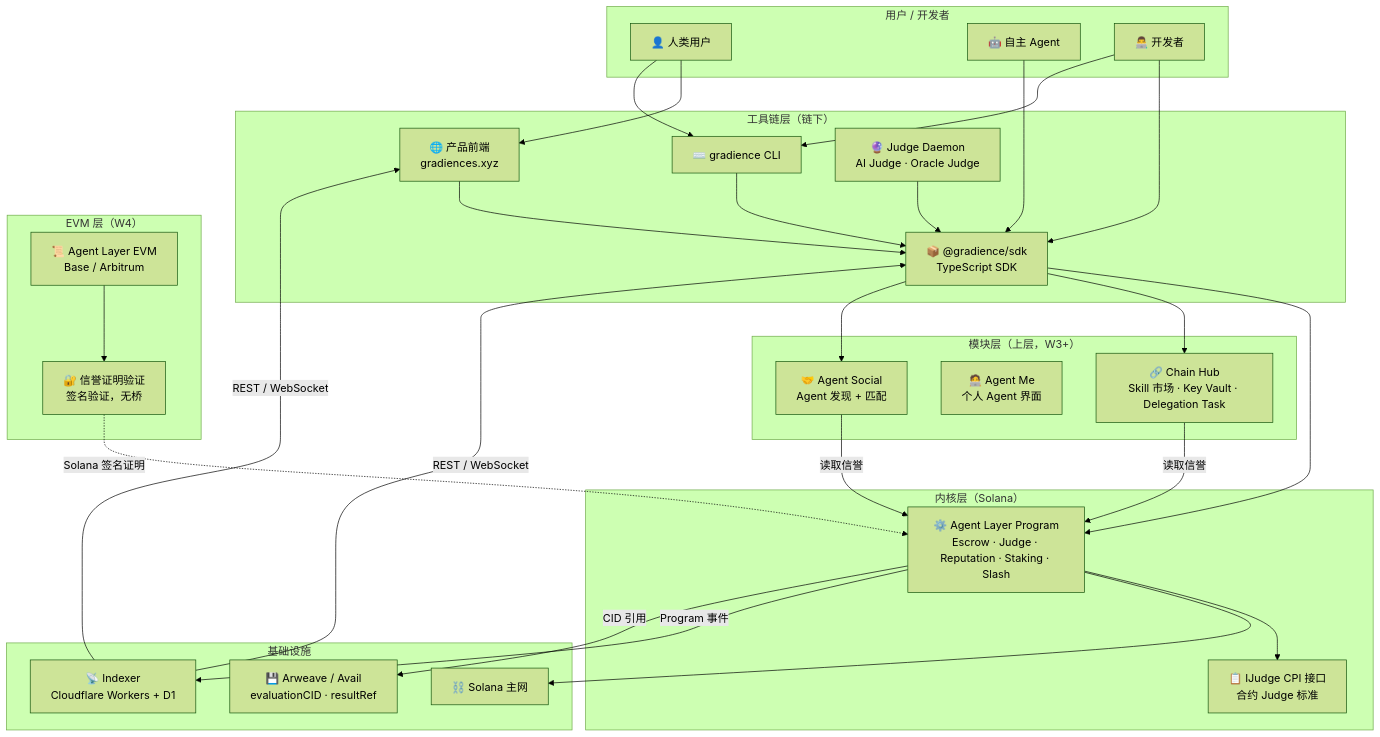
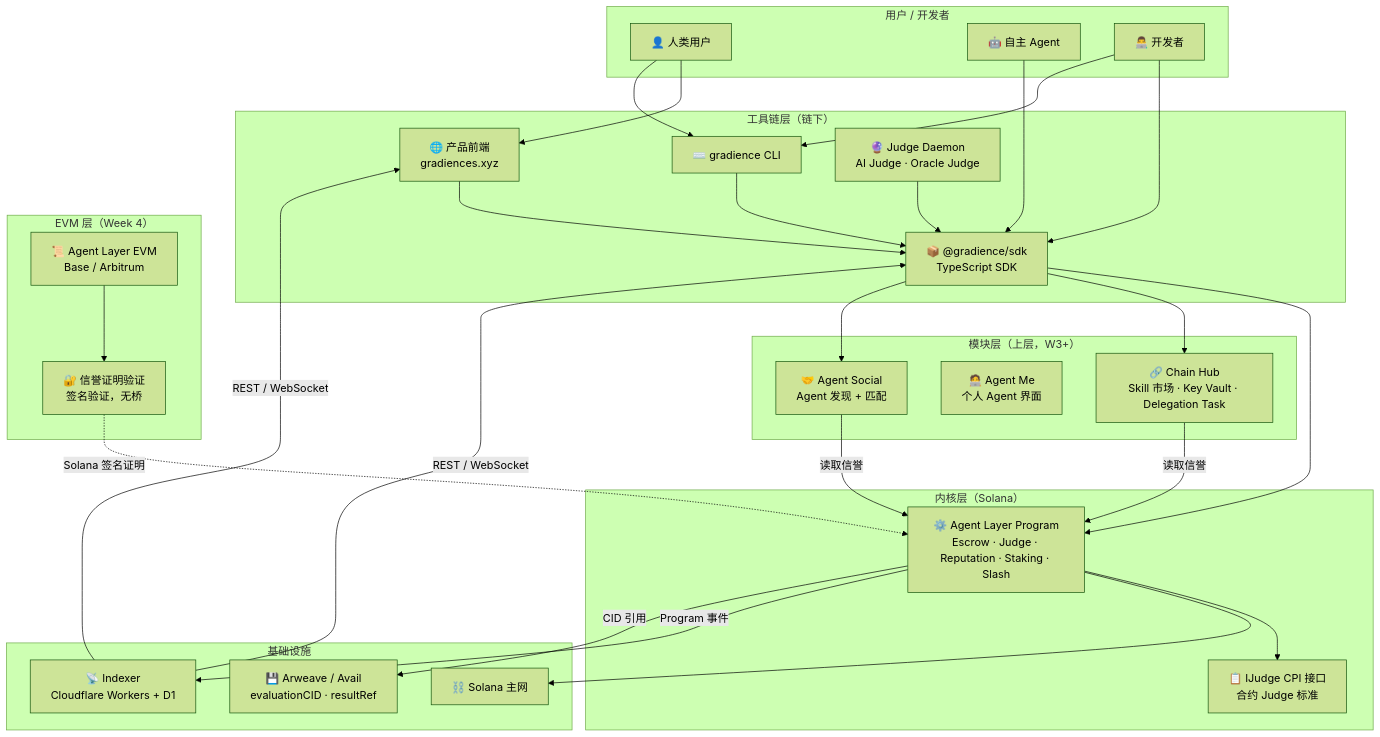
The first of 2 diagrams in docs/02-architecture.md (DaviRain-Su/gradience), drawn with Mermaid (forest theme) before and after one commit. The commit also changed other lines of this file, not shown here.

````diff
--- a/docs/02-architecture.md
+++ b/docs/02-architecture.md
@@ -17,64 +17,64 @@
 ```mermaid
 flowchart TB
     subgraph Users["用户 / 开发者"]
         Human["👤 人类用户"]
         DevAgent["🤖 自主 Agent"]
         Dev["👨‍💻 开发者"]
     end
 
     subgraph Toolchain["工具链层（链下）"]
         Frontend["🌐 产品前端<br/>gradiences.xyz"]
         SDK["📦 @gradience/sdk<br/>TypeScript SDK"]
         CLI["⌨️ gradience CLI"]
         JudgeDaemon["🔮 Judge Daemon<br/>AI Judge · Oracle Judge"]
     end
 
     subgraph Kernel["内核层（Solana）"]
         AgentLayer["⚙️ Agent Layer Program<br/>Escrow · Judge · Reputation · Staking · Slash"]
         IJudge["📋 IJudge CPI 接口<br/>合约 Judge 标准"]
     end
 
     subgraph Modules["模块层（上层，W3+）"]
         ChainHub["🔗 Chain Hub<br/>Skill 市场 · Key Vault · Delegation Task"]
         AgentMe["🧑‍💻 Agent Me<br/>个人 Agent 界面"]
         AgentSocial["🤝 Agent Social<br/>Agent 发现 + 匹配"]
     end
 
-    subgraph EVMLayer["EVM 层（W4）"]
+    subgraph EVMLayer["EVM 层（Week 4）"]
         EVMContract["📜 Agent Layer EVM<br/>Base / Arbitrum"]
         ReputationBridge["🔐 信誉证明验证<br/>签名验证，无桥"]
     end
 
     subgraph Infra["基础设施"]
         Solana["⛓️ Solana 主网"]
         Indexer["📡 Indexer<br/>Cloudflare Workers + D1"]
         Storage["💾 Arweave / Avail<br/>evaluationCID · resultRef"]
     end
 
     Human --> Frontend
     Human --> CLI
     DevAgent --> SDK
     Dev --> SDK
     Dev --> CLI
     Frontend --> SDK
     CLI --> SDK
     JudgeDaemon --> SDK
 
     SDK --> AgentLayer
     SDK --> ChainHub
     SDK --> AgentSocial
 
     AgentLayer --> IJudge
     ChainHub -->|"读取信誉"| AgentLayer
     AgentSocial -->|"读取信誉"| AgentLayer
 
     AgentLayer --> Solana
     AgentLayer -->|"Program 事件"| Indexer
     AgentLayer -->|"CID 引用"| Storage
 
     Indexer -->|"REST / WebSocket"| SDK
     Indexer -->|"REST / WebSocket"| Frontend
 
     EVMContract --> ReputationBridge
     ReputationBridge -.->|"Solana 签名证明"| AgentLayer
 ```
````
